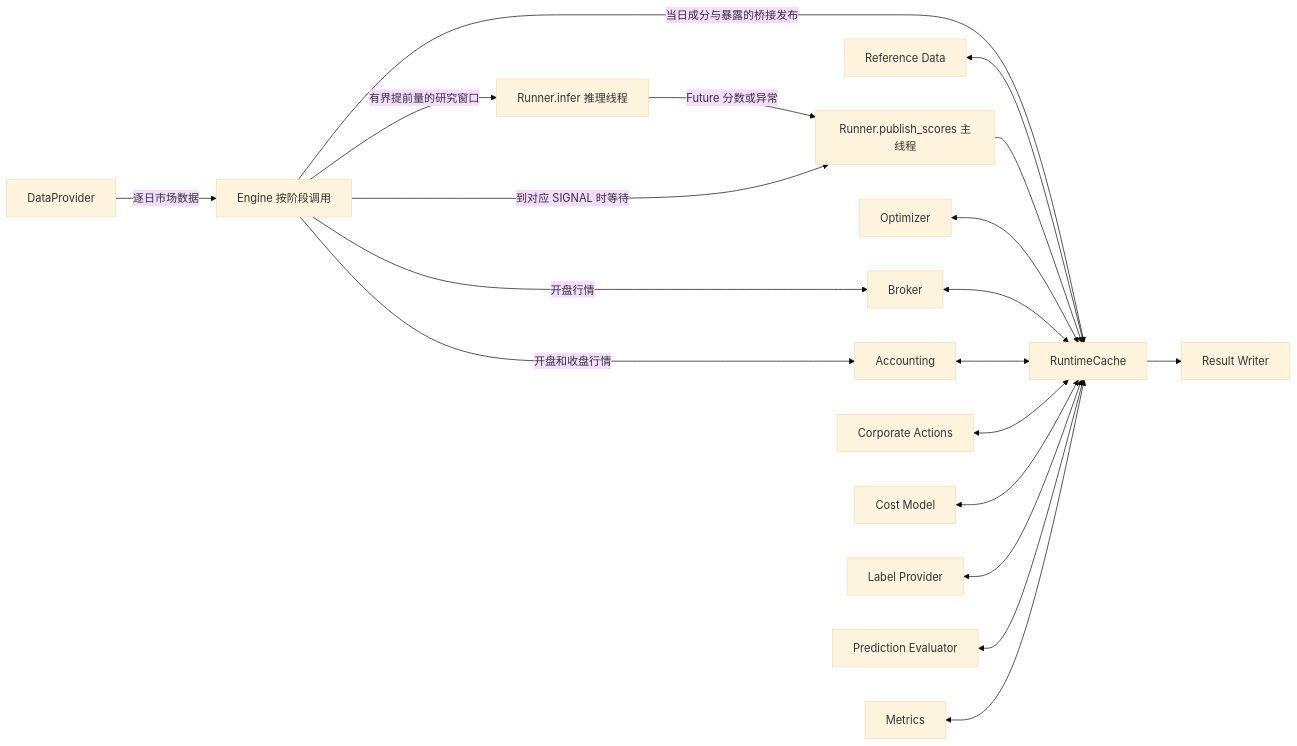
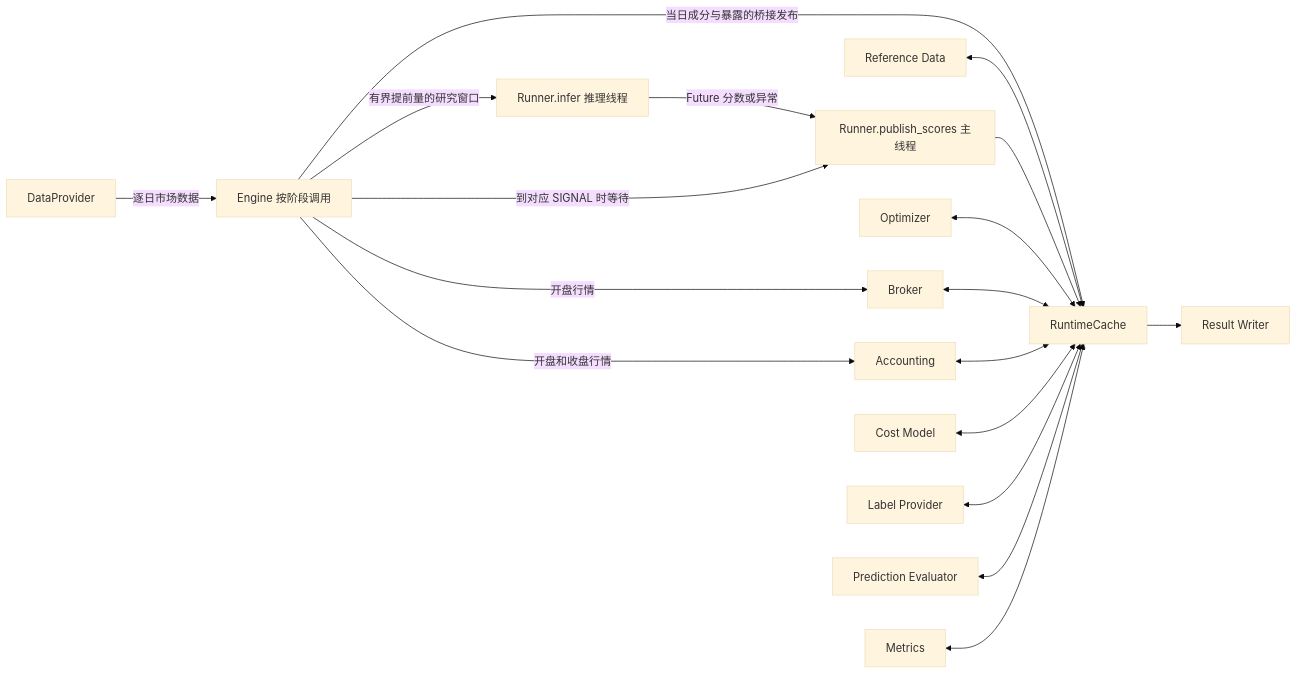
The diagram in docs/interfaces.md (HenryZ16/skd-backtest), drawn with Mermaid (base theme) before and after one commit. The commit also changed other lines of this file and 52 other files, not shown here.

````diff
--- a/docs/interfaces.md
+++ b/docs/interfaces.md
@@ -25,21 +25,20 @@
 ```mermaid
 flowchart LR
     D[DataProvider] -->|逐日市场数据| E[Engine 按阶段调用]
     E -->|有界提前量的研究窗口| I[Runner.infer 推理线程]
     I -->|Future 分数或异常| S[Runner.publish_scores 主线程]
     E -->|到对应 SIGNAL 时等待| S
     E -->|开盘行情| B[Broker]
     E -->|开盘和收盘行情| A[Accounting]
     E -->|当日成分与暴露的桥接发布| C[RuntimeCache]
     R[Reference Data] <--> C
     S --> C
     O[Optimizer] <--> C
     B <--> C
     A <--> C
-    CA[Corporate Actions] <--> C
     F[Cost Model] <--> C
     L[Label Provider] <--> C
     P[Prediction Evaluator] <--> C
     M[Metrics] <--> C
     C --> W[Result Writer]
 ```
````
